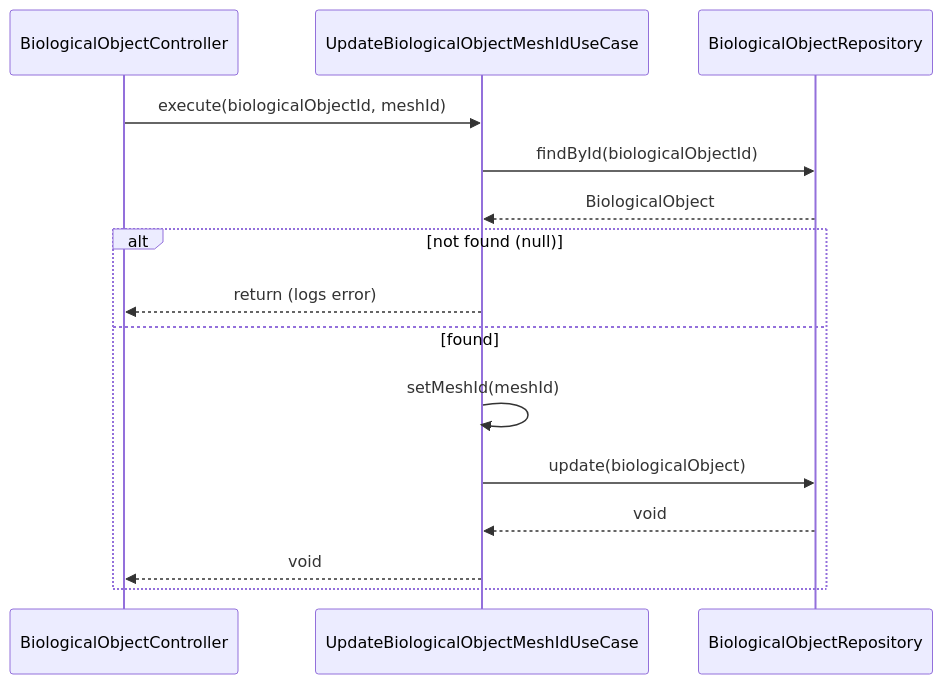
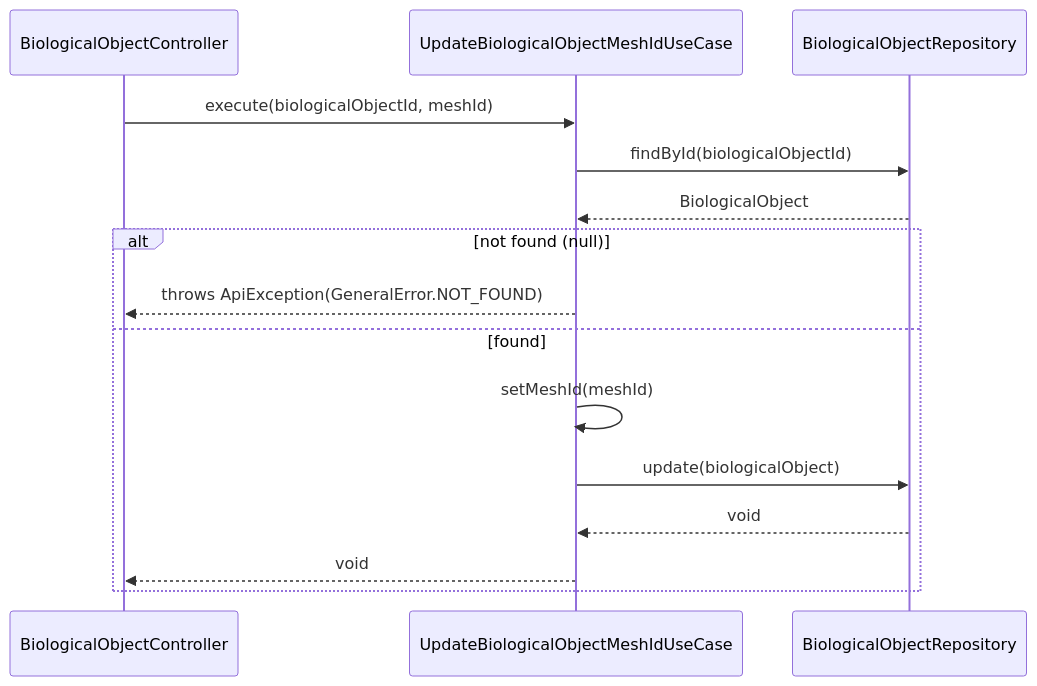
One commit to Biopatternsg-ms/search-biological-objects changed the diagram in .agents/use_cases/UpdateBiologicalObjectMeshIdUseCase.md. Above: the diagram before and after it, drawn with Mermaid. The commit also changed other lines of this file and 20 other files, not shown here.

````diff
--- a/.agents/use_cases/UpdateBiologicalObjectMeshIdUseCase.md
+++ b/.agents/use_cases/UpdateBiologicalObjectMeshIdUseCase.md
@@ -22,18 +22,18 @@
 ```mermaid
 sequenceDiagram
     participant C as BiologicalObjectController
     participant UC as UpdateBiologicalObjectMeshIdUseCase
     participant R as BiologicalObjectRepository
 
     C->>UC: execute(biologicalObjectId, meshId)
     UC->>R: findById(biologicalObjectId)
     R-->>UC: BiologicalObject
     alt not found (null)
-        UC-->>C: return (logs error)
+        UC-->>C: throws ApiException(GeneralError.NOT_FOUND)
     else found
         UC->>UC: setMeshId(meshId)
         UC->>R: update(biologicalObject)
         R-->>UC: void
         UC-->>C: void
     end
 ```
````
